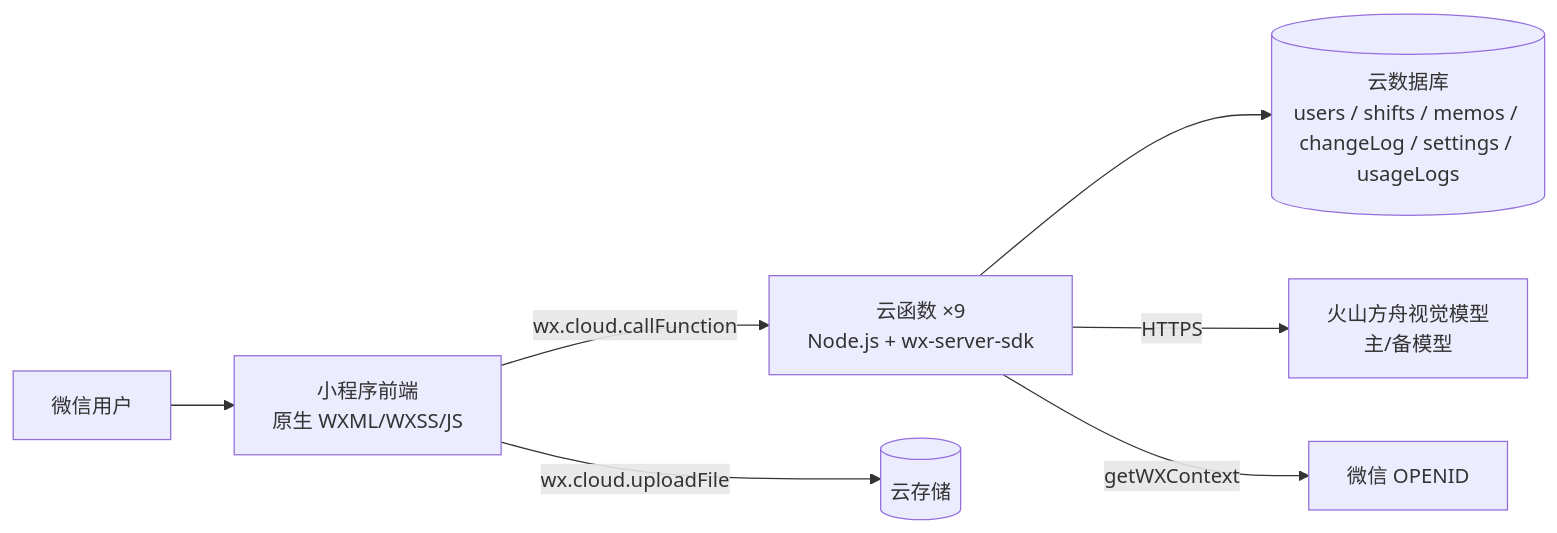
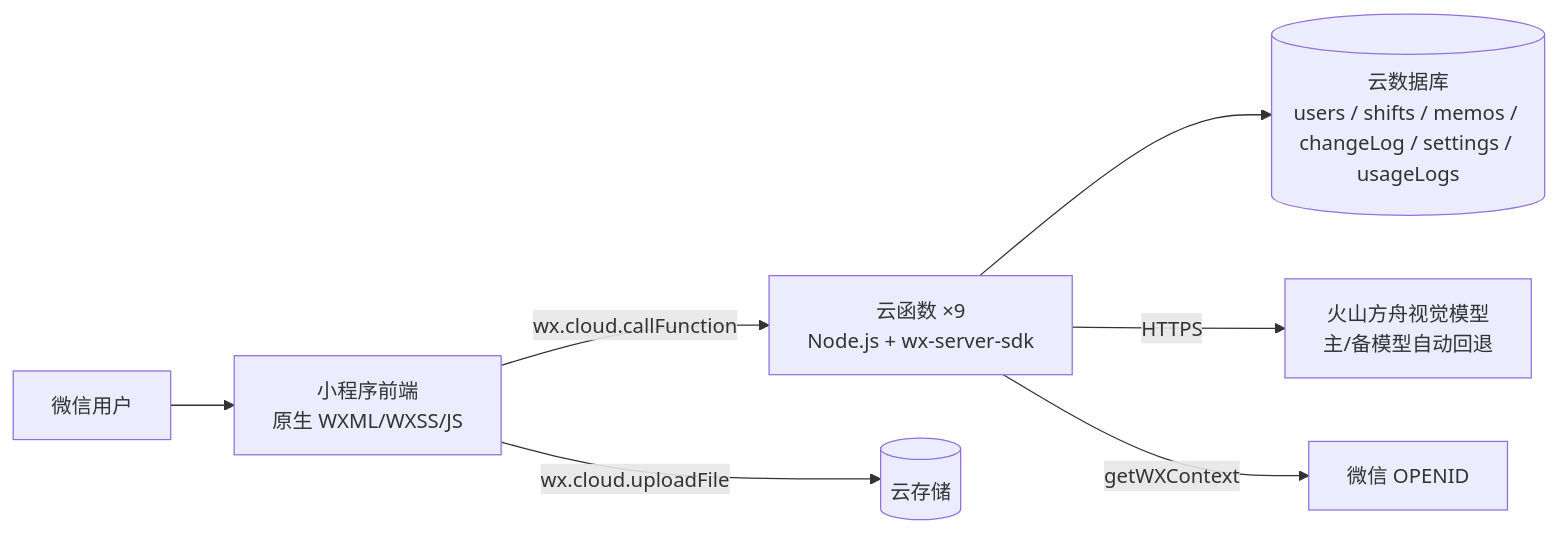
The diagram in README.md (linyidong/paiban-xiaochengxu), drawn with Mermaid before and after one commit. The commit also changed other lines of this file and 1 other file, not shown here.

````diff
--- a/README.md
+++ b/README.md
@@ -65,9 +64,9 @@
 ```mermaid
 flowchart LR
   U[微信用户] --> MP[小程序前端<br/>原生 WXML/WXSS/JS]
   MP -->|wx.cloud.callFunction| CF[云函数 ×9<br/>Node.js + wx-server-sdk]
   MP -->|wx.cloud.uploadFile| CS[(云存储)]
   CF --> DB[(云数据库<br/>users / shifts / memos / changeLog / settings / usageLogs)]
-  CF -->|HTTPS| ARK[火山方舟视觉模型<br/>主/备模型]
+  CF -->|HTTPS| ARK[火山方舟视觉模型<br/>主/备模型自动回退]
   CF -->|getWXContext| WX[微信 OPENID]
 ```
````
